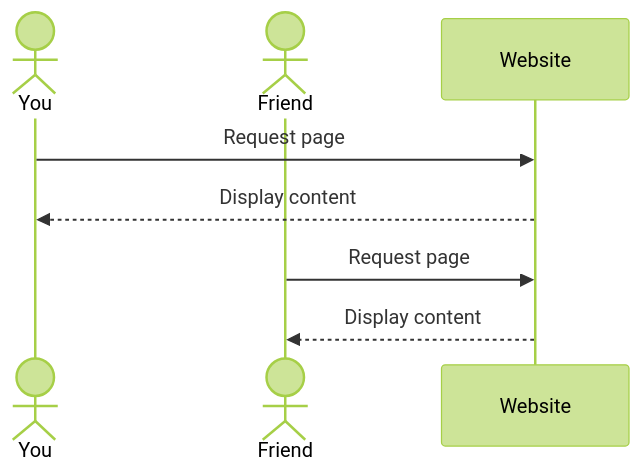
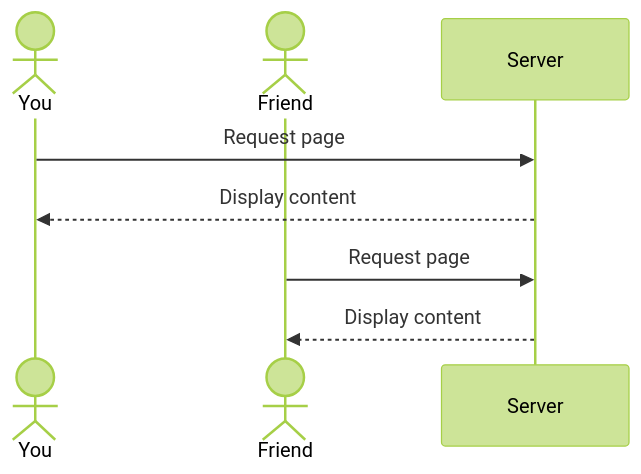
One commit to LizHenshaw100/startup changed the diagram in README.md. Above: the diagram before and after it, drawn with Mermaid (forest theme).

````diff
--- a/README.md
+++ b/README.md
@@ -36,12 +36,11 @@
 ```mermaid
 sequenceDiagram
     actor You
     actor Friend
-    participant Website
 
-    You->>Website: Request page
-    Website-->>You: Display content
+    You->>Server: Request page
+    Server -->>You: Display content
 
-    Friend->>Website: Request page
-    Website-->>Friend: Display content
+    Friend->>Server: Request page
+    Server -->>Friend: Display content
 ```
````
